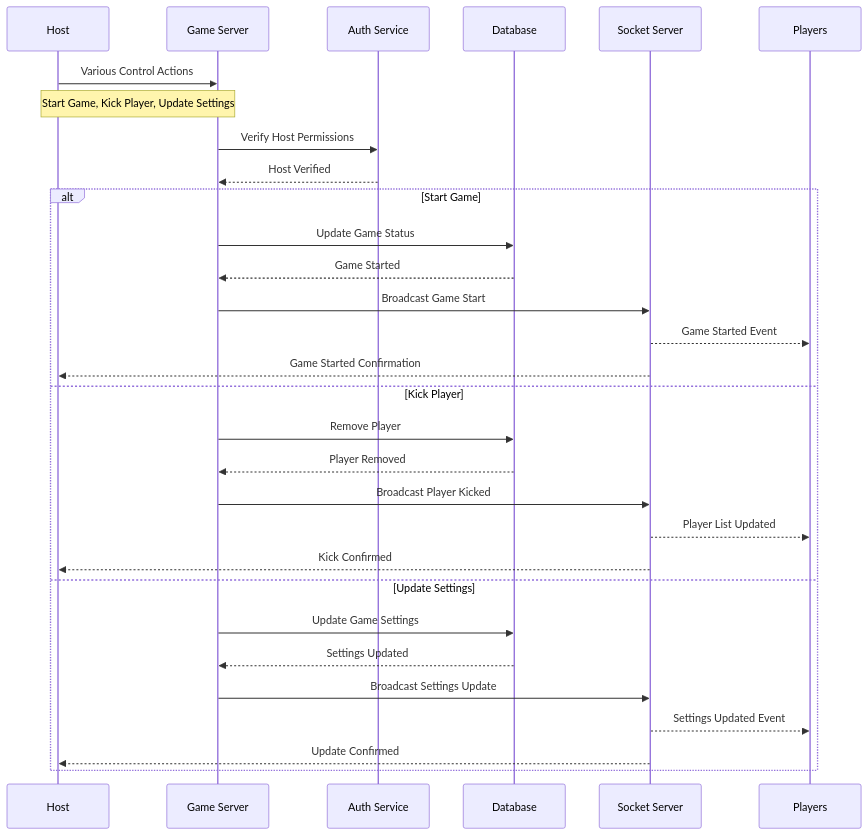
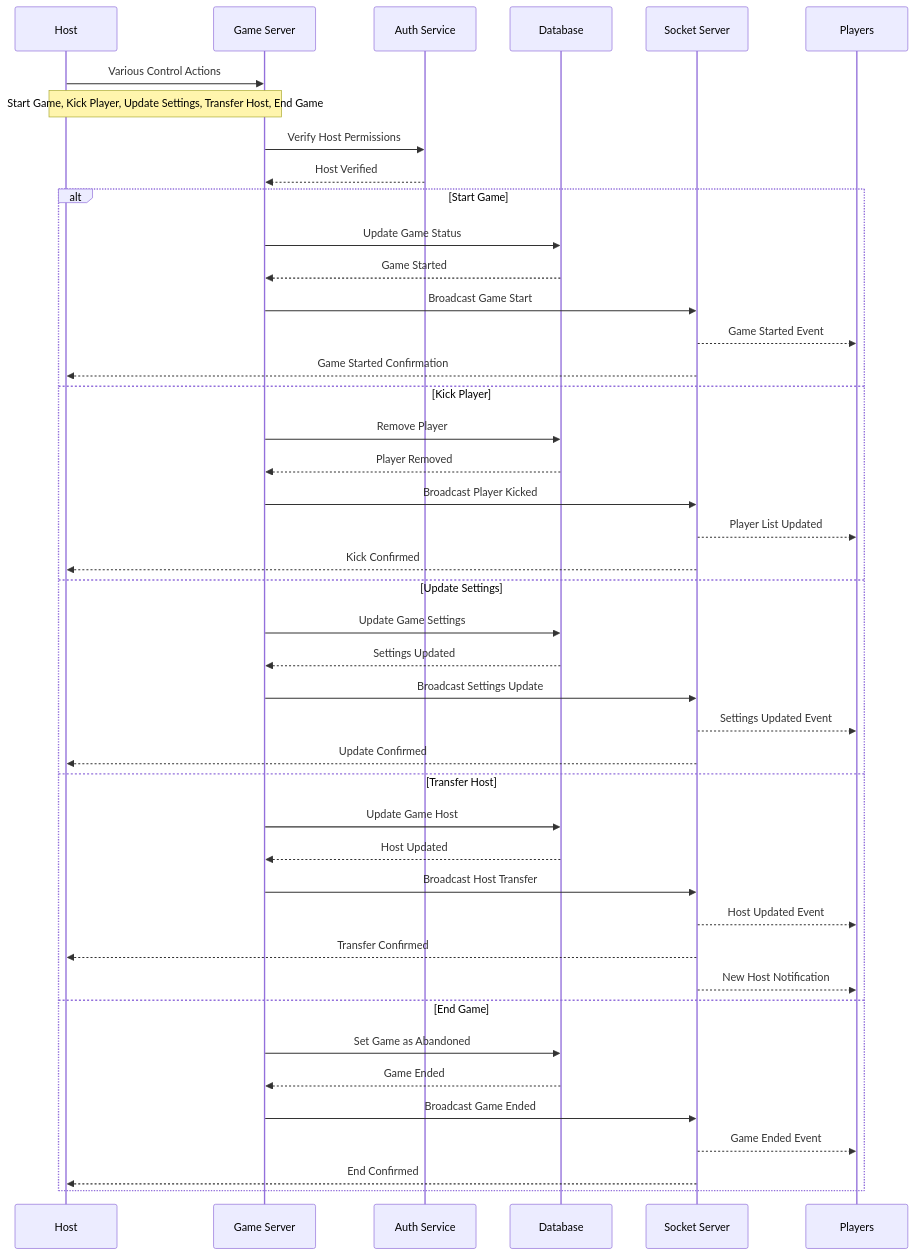
Before and after one commit to tiennguyen00/wolvesville-ai: the third of 4 diagrams in docs/game_session_flow.md, drawn with Mermaid. The commit also changed other lines of this file and 5 other files, not shown here.

````diff
--- a/docs/game_session_flow.md
+++ b/docs/game_session_flow.md
@@ -85,35 +85,48 @@
 ```mermaid
 sequenceDiagram
     participant Host as Host
     participant API as Game Server
     participant Auth as Auth Service
     participant DB as Database
     participant Socket as Socket Server
     participant Players as Players
 
     Host->>API: Various Control Actions
-    Note over Host,API: Start Game, Kick Player, Update Settings
+    Note over Host,API: Start Game, Kick Player, Update Settings, Transfer Host, End Game
 
     API->>Auth: Verify Host Permissions
     Auth-->>API: Host Verified
 
     alt Start Game
         API->>DB: Update Game Status
         DB-->>API: Game Started
         API->>Socket: Broadcast Game Start
         Socket-->>Players: Game Started Event
         Socket-->>Host: Game Started Confirmation
     else Kick Player
         API->>DB: Remove Player
         DB-->>API: Player Removed
         API->>Socket: Broadcast Player Kicked
         Socket-->>Players: Player List Updated
         Socket-->>Host: Kick Confirmed
     else Update Settings
         API->>DB: Update Game Settings
         DB-->>API: Settings Updated
         API->>Socket: Broadcast Settings Update
         Socket-->>Players: Settings Updated Event
         Socket-->>Host: Update Confirmed
+    else Transfer Host
+        API->>DB: Update Game Host
+        DB-->>API: Host Updated
+        API->>Socket: Broadcast Host Transfer
+        Socket-->>Players: Host Updated Event
+        Socket-->>Host: Transfer Confirmed
+        Socket-->>Players: New Host Notification
+    else End Game
+        API->>DB: Set Game as Abandoned
+        DB-->>API: Game Ended
+        API->>Socket: Broadcast Game Ended
+        Socket-->>Players: Game Ended Event
+        Socket-->>Host: End Confirmed
     end
 ```
````
